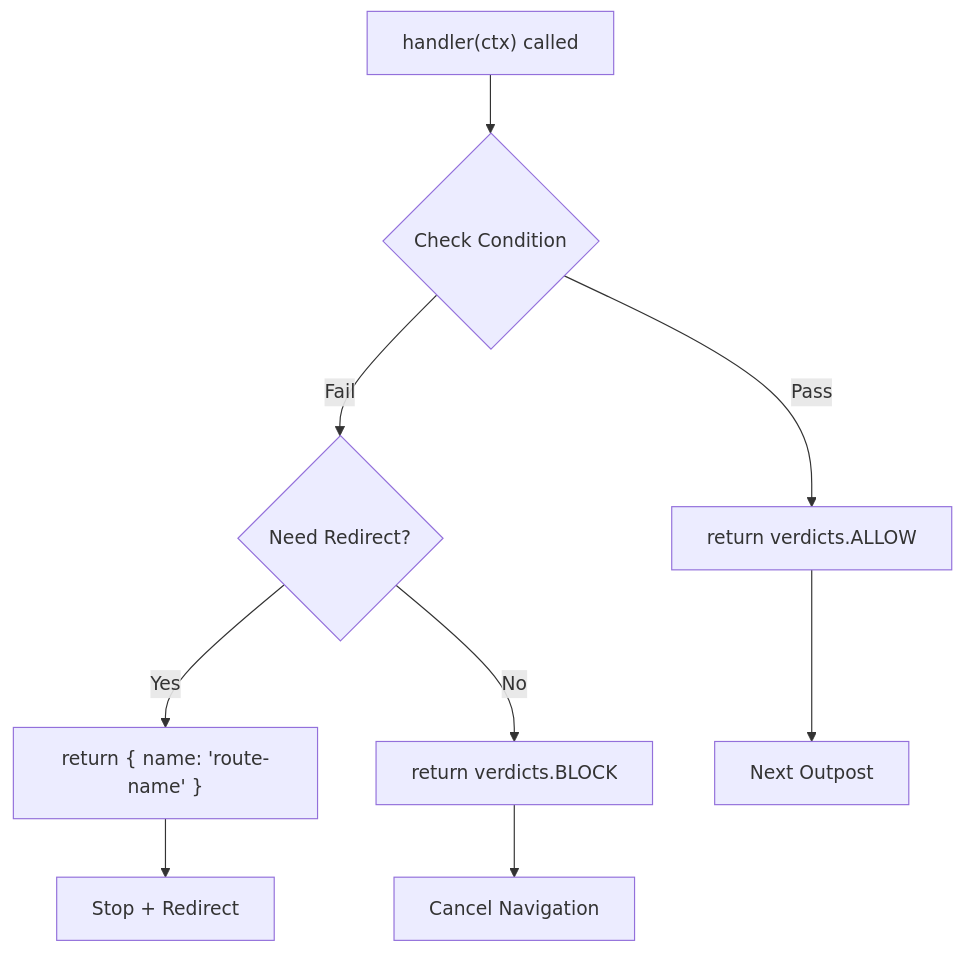
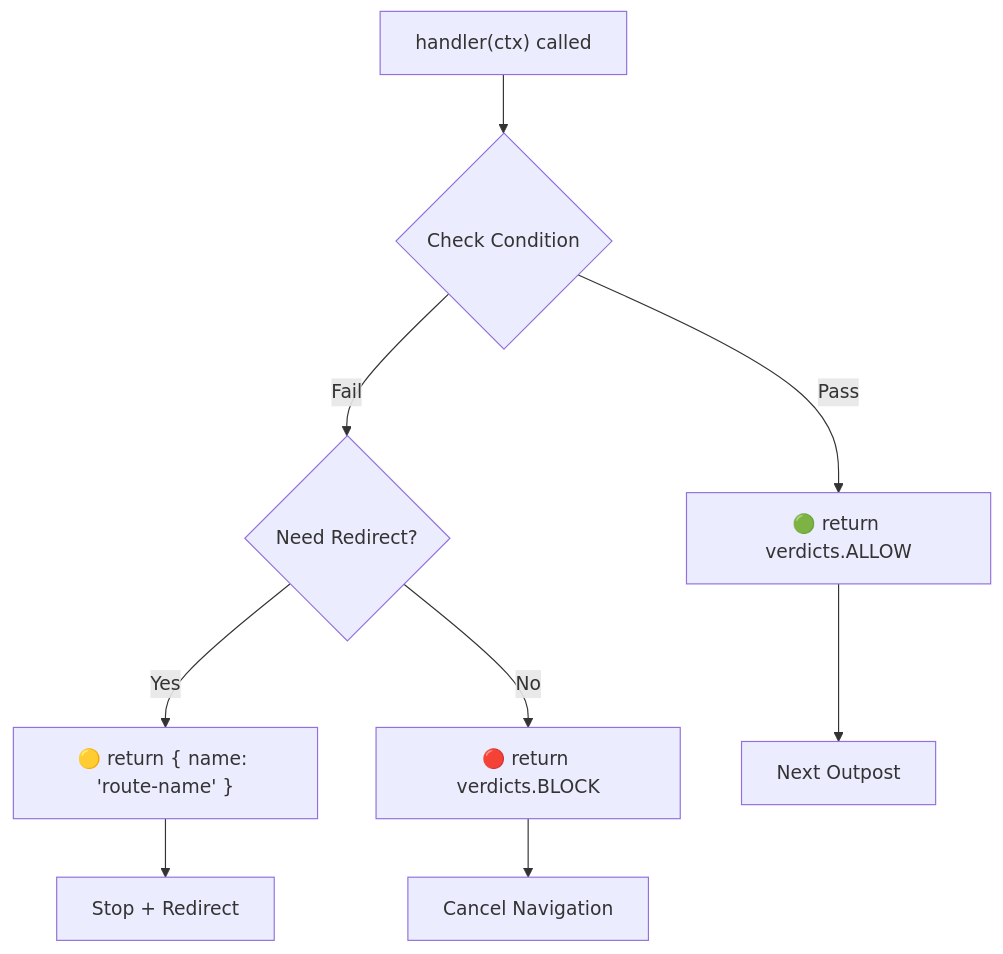
One commit to Kassaila/vue-router-citadel changed the diagram in docs/guide/verdicts.md. Above: the diagram before and after it, drawn with Mermaid. The commit also changed other lines of this file and 36 other files, not shown here.

````diff
--- a/docs/guide/verdicts.md
+++ b/docs/guide/verdicts.md
@@ -18,14 +18,14 @@
 ```mermaid
 flowchart TD
     A["handler(ctx) called"] --> B{Check Condition}
 
-    B -->|Pass| C[return verdicts.ALLOW]
+    B -->|Pass| C[🟢 return verdicts.ALLOW]
     B -->|Fail| D{Need Redirect?}
 
-    D -->|Yes| E["return { name: 'route-name' }"]
-    D -->|No| F[return verdicts.BLOCK]
+    D -->|Yes| E["🟡 return { name: 'route-name' }"]
+    D -->|No| F[🔴 return verdicts.BLOCK]
 
     C --> G[Next Outpost]
     E --> H[Stop + Redirect]
     F --> I[Cancel Navigation]
 ```
````
